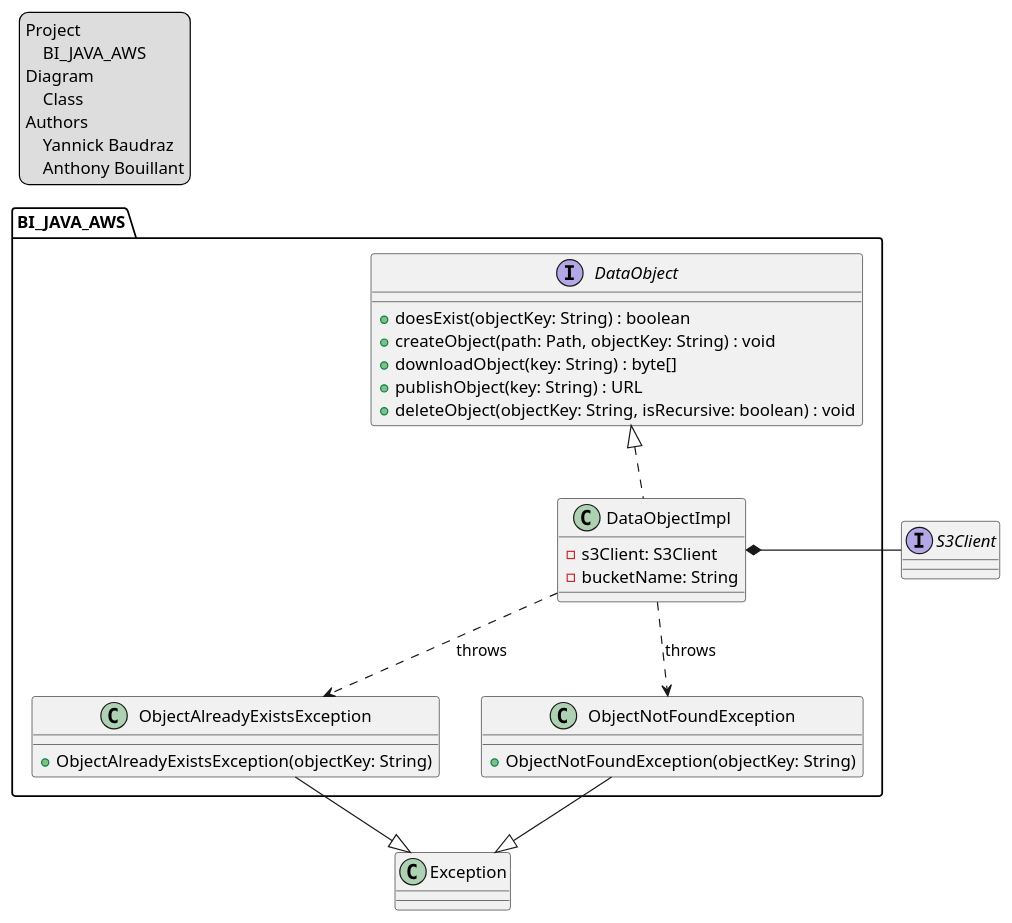
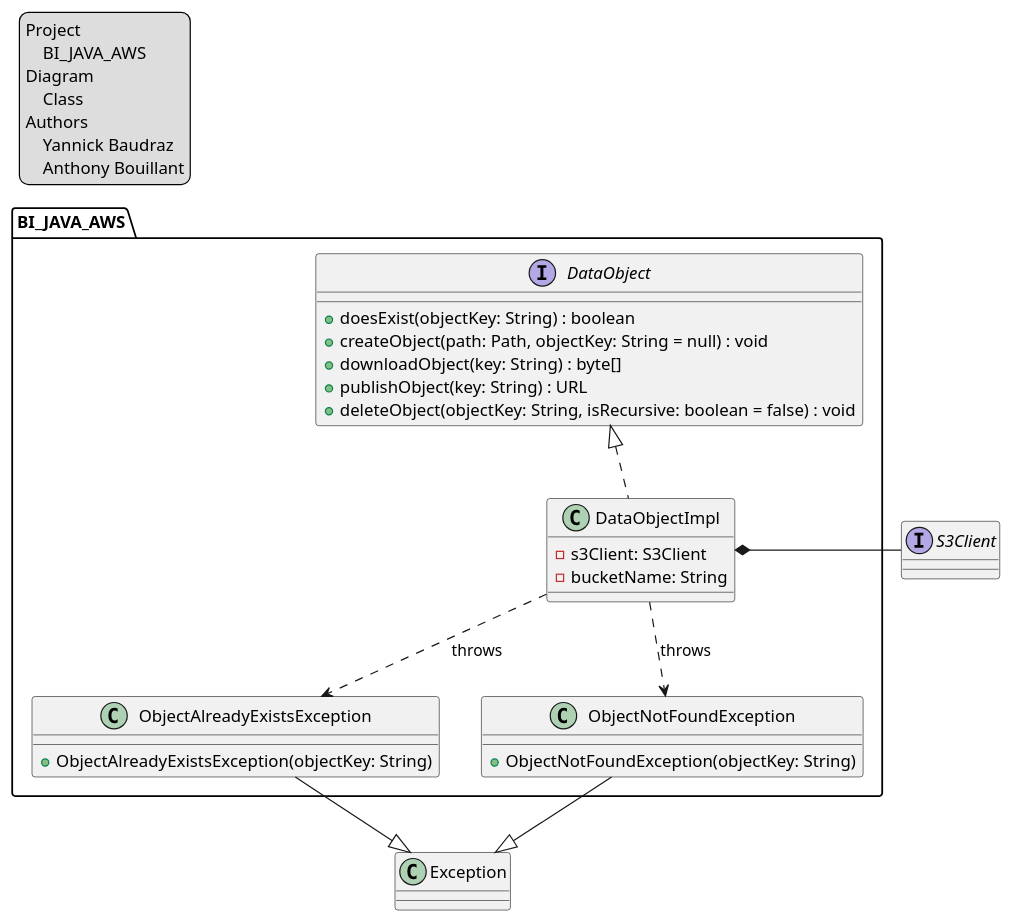
Before and after one commit to CPNV-ES-BI/BI_JAVA_AWS: the diagram in doc/classes/class_diagram.puml, drawn with PlantUML. The commit also changed 1 other file, not shown here.

Commit message:
Update optional parameters in class diagrams

```diff
--- a/doc/classes/class_diagram.puml
+++ b/doc/classes/class_diagram.puml
@@ -1,51 +1,51 @@
 @startuml class_diagram
 'https://plantuml.com/class-diagram
 
 legend top left
     Project
         BI_JAVA_AWS
     Diagram
         Class
     Authors
         Yannick Baudraz
         Anthony Bouillant
 endlegend
 
 package BI_JAVA_AWS {
     interface DataObject {
         + doesExist(objectKey: String) : boolean
-        + createObject(path: Path, objectKey: String) : void
+        + createObject(path: Path, objectKey: String = null) : void
         + downloadObject(key: String) : byte[]
         + publishObject(key: String) : URL
-        + deleteObject(objectKey: String, isRecursive: boolean) : void
+        + deleteObject(objectKey: String, isRecursive: boolean = false) : void
     }
 
     class DataObjectImpl {
         - s3Client: S3Client
         - bucketName: String
     }
 
     class ObjectAlreadyExistsException {
         + ObjectAlreadyExistsException(objectKey: String)
     }
 
     class ObjectNotFoundException {
         + ObjectNotFoundException(objectKey: String)
     }
 }
 
 class Exception
 
 interface S3Client
 
 DataObject <|.. DataObjectImpl
 
 DataObjectImpl ..> ObjectAlreadyExistsException : throws
 DataObjectImpl ..> ObjectNotFoundException : throws
 
 ObjectAlreadyExistsException --|> Exception
 ObjectNotFoundException --|> Exception
 
 DataObjectImpl *- S3Client
 
 @enduml
```
